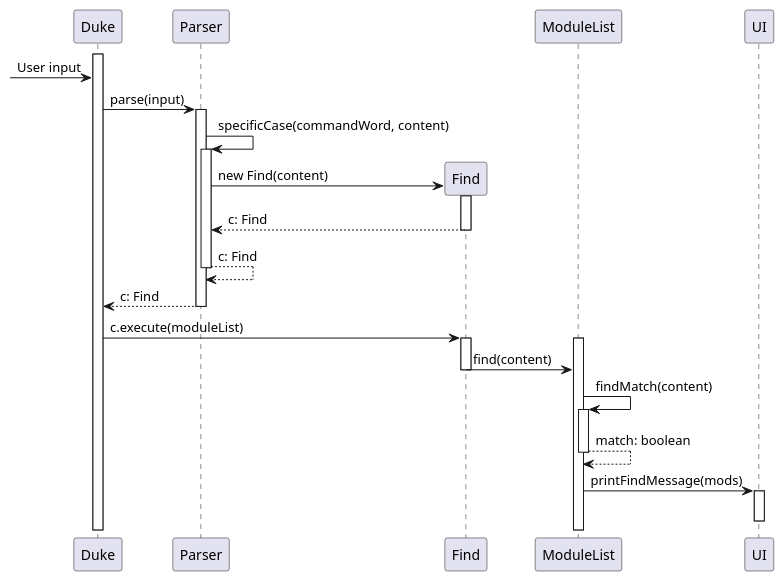
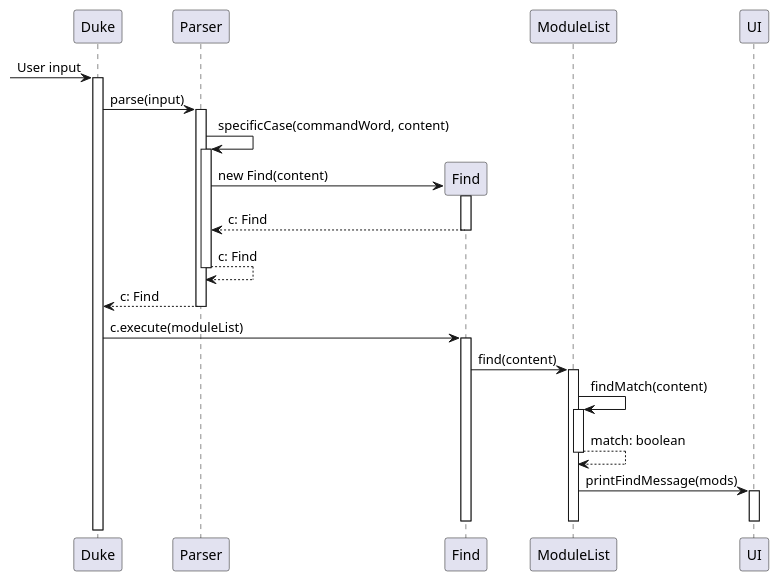
One commit to nus-cs2113-AY2223S1/tp changed the diagram in docs/diagrams/FindUML.puml. Above: the diagram before and after it, drawn with PlantUML. The commit also changed 21 other files, not shown here.

Commit message:
Updates to all sequence diagrams of DG

```diff
--- a/docs/diagrams/FindUML.puml
+++ b/docs/diagrams/FindUML.puml
@@ -4,27 +4,28 @@
 @startuml
+[-> Duke: User input
 activate Duke
-[-> Duke: User input
 Duke -> Parser: parse(input)
 activate Parser
 Parser -> Parser: specificCase(commandWord, content)
 activate Parser
 create Find
 Parser -> Find: new Find(content)
 activate Find
 return c: Find
 return c: Find
 return c: Find
 deactivate Parser
 Duke -> Find: c.execute(moduleList)
 activate Find
+Find -> ModuleList: find(content)
 activate ModuleList
-Find -> ModuleList: find(content)
-deactivate Find
 ModuleList -> ModuleList: findMatch(content)
 activate ModuleList
 return match: boolean
 ModuleList -> UI: printFindMessage(mods)
 activate UI
 deactivate UI
+deactivate ModuleList
+deactivate Find
 
 @enduml
```
